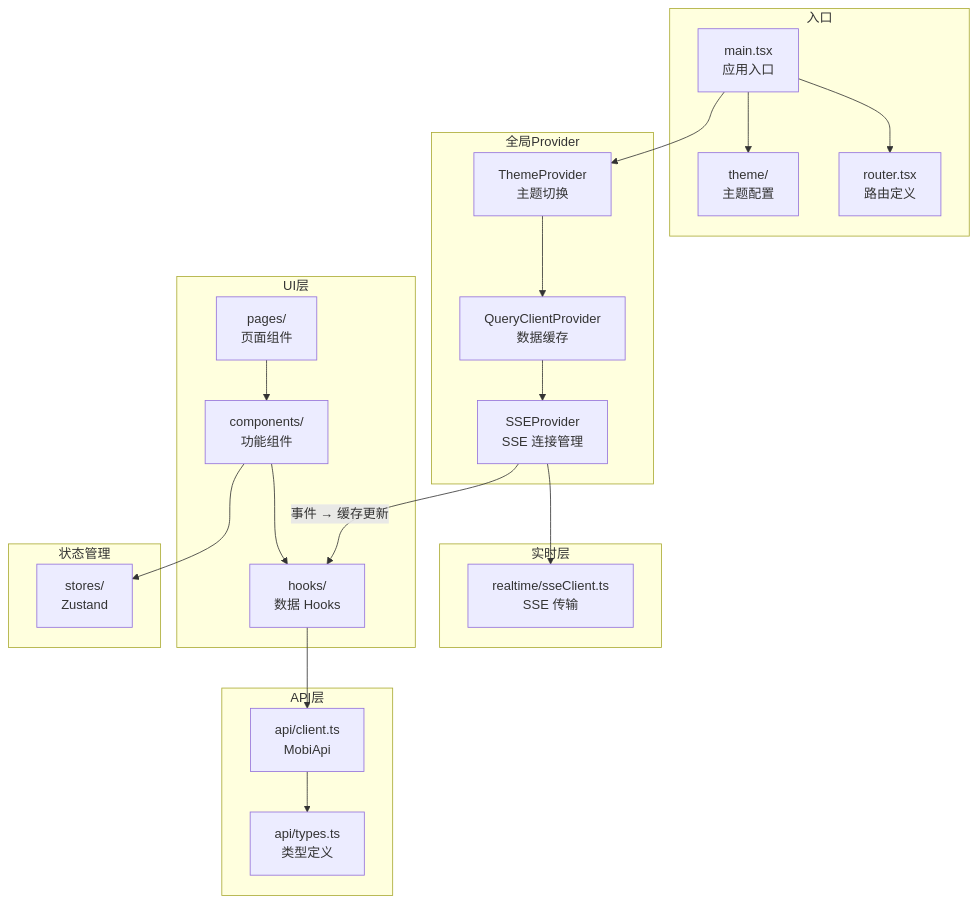
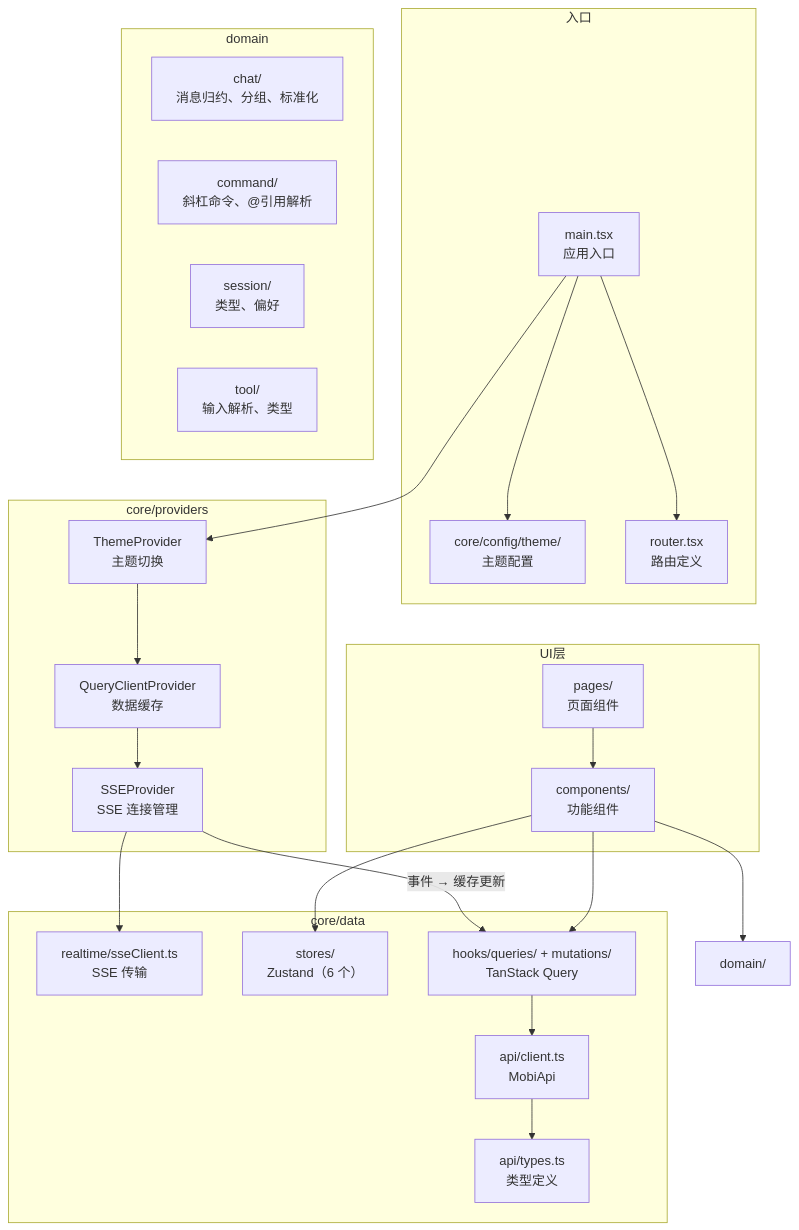
One commit to ModuBit/mobi changed the first of 5 diagrams in docs/architecture/web/README.md. Above: the diagram before and after it, drawn with Mermaid. The commit also changed other lines of this file and 56 other files, not shown here.

````diff
--- a/docs/architecture/web/README.md
+++ b/docs/architecture/web/README.md
@@ -43,46 +54,48 @@
 ```mermaid
 graph TB
     subgraph 入口
         Main["main.tsx<br/>应用入口"]
-        Theme["theme/<br/>主题配置"]
+        Theme["core/config/theme/<br/>主题配置"]
         Router["router.tsx<br/>路由定义"]
     end
 
-    subgraph 全局Provider
+    subgraph core/providers
         SSEP["SSEProvider<br/>SSE 连接管理"]
         TP["ThemeProvider<br/>主题切换"]
         QCP["QueryClientProvider<br/>数据缓存"]
     end
 
-    subgraph API层
+    subgraph core/data
         API["api/client.ts<br/>MobiApi"]
         Types["api/types.ts<br/>类型定义"]
+        SSEC["realtime/sseClient.ts<br/>SSE 传输"]
+        Stores["stores/<br/>Zustand（6 个）"]
+        Hooks["hooks/queries/ + mutations/<br/>TanStack Query"]
     end
 
-    subgraph 实时层
-        SSEC["realtime/sseClient.ts<br/>SSE 传输"]
+    subgraph domain
+        Chat["chat/<br/>消息归约、分组、标准化"]
+        Command["command/<br/>斜杠命令、@引用解析"]
+        Session["session/<br/>类型、偏好"]
+        Tool["tool/<br/>输入解析、类型"]
     end
 
     subgraph UI层
         Pages["pages/<br/>页面组件"]
         Components["components/<br/>功能组件"]
-        Hooks["hooks/<br/>数据 Hooks"]
-    end
-
-    subgraph 状态管理
-        Stores["stores/<br/>Zustand"]
     end
 
     Main --> Theme
     Main --> Router
     Main --> TP --> QCP --> SSEP
 
     SSEP --> SSEC
     SSEP -->|"事件 → 缓存更新"| Hooks
 
     Hooks --> API
     API --> Types
     Components --> Hooks
+    Components --> Domain["domain/"]
     Pages --> Components
     Components --> Stores
 ```
````
